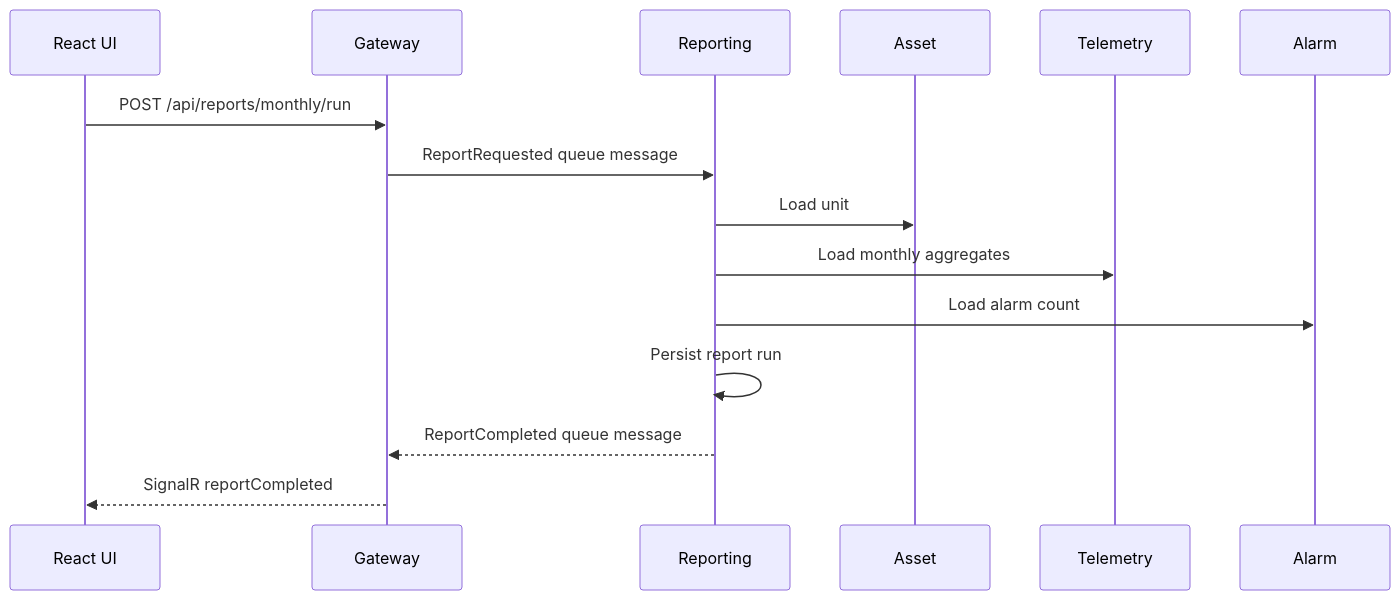
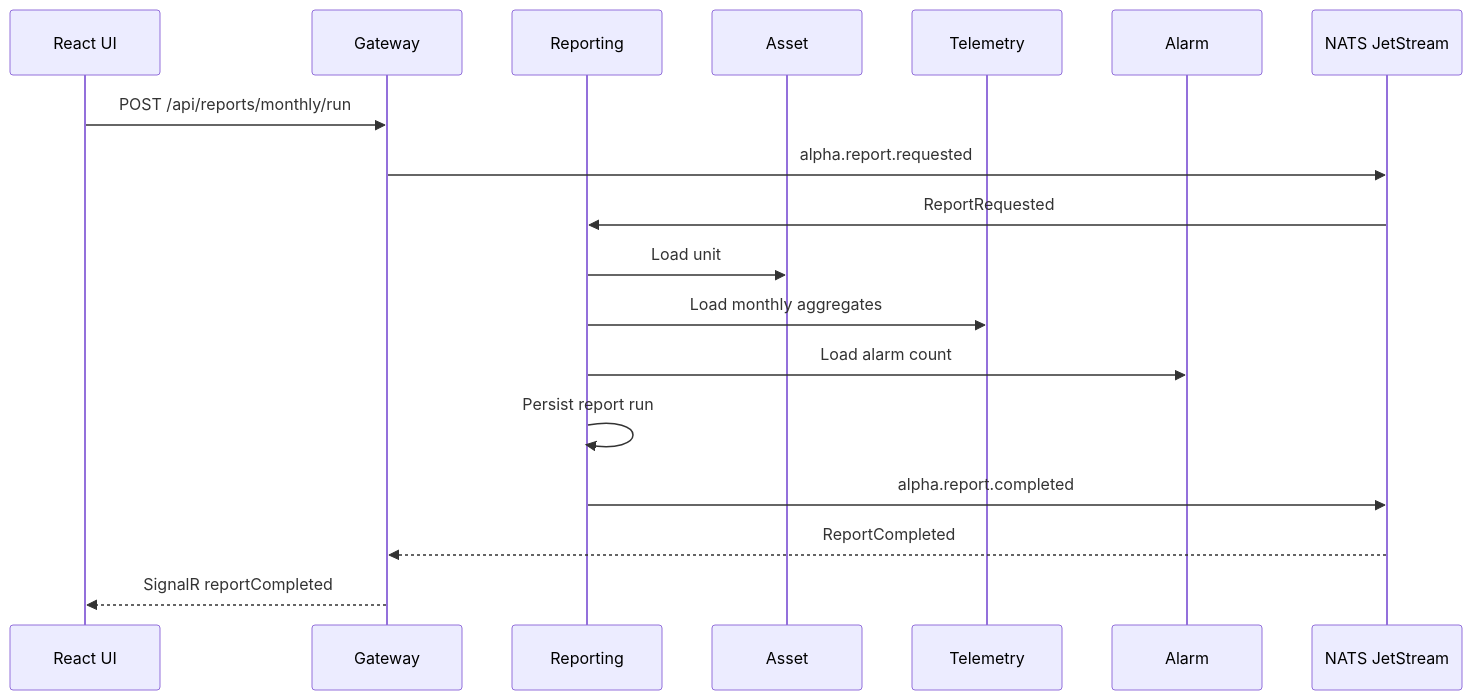
Before and after one commit to dhalavach/alpha-scada: the fourth of 4 diagrams in docs/system-overview.md, drawn with Mermaid. The commit also changed other lines of this file and 75 other files, not shown here.

````diff
--- a/docs/system-overview.md
+++ b/docs/system-overview.md
@@ -185,18 +185,21 @@
 ```mermaid
 sequenceDiagram
     participant UI as React UI
     participant GW as Gateway
     participant Reporting as Reporting
     participant Asset as Asset
     participant Telemetry as Telemetry
     participant Alarm as Alarm
+    participant NATS as NATS JetStream
 
     UI->>GW: POST /api/reports/monthly/run
-    GW->>Reporting: ReportRequested queue message
+    GW->>NATS: alpha.report.requested
+    NATS->>Reporting: ReportRequested
     Reporting->>Asset: Load unit
     Reporting->>Telemetry: Load monthly aggregates
     Reporting->>Alarm: Load alarm count
     Reporting->>Reporting: Persist report run
-    Reporting-->>GW: ReportCompleted queue message
+    Reporting->>NATS: alpha.report.completed
+    NATS-->>GW: ReportCompleted
     GW-->>UI: SignalR reportCompleted
 ```
````
